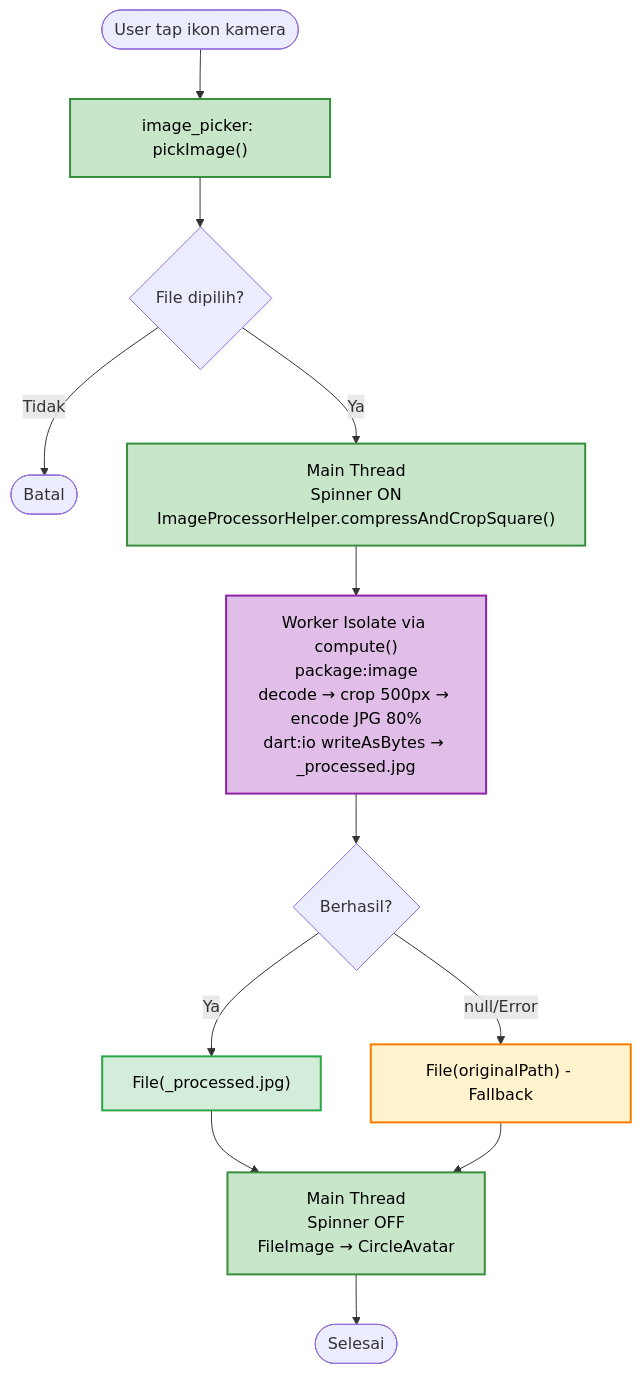
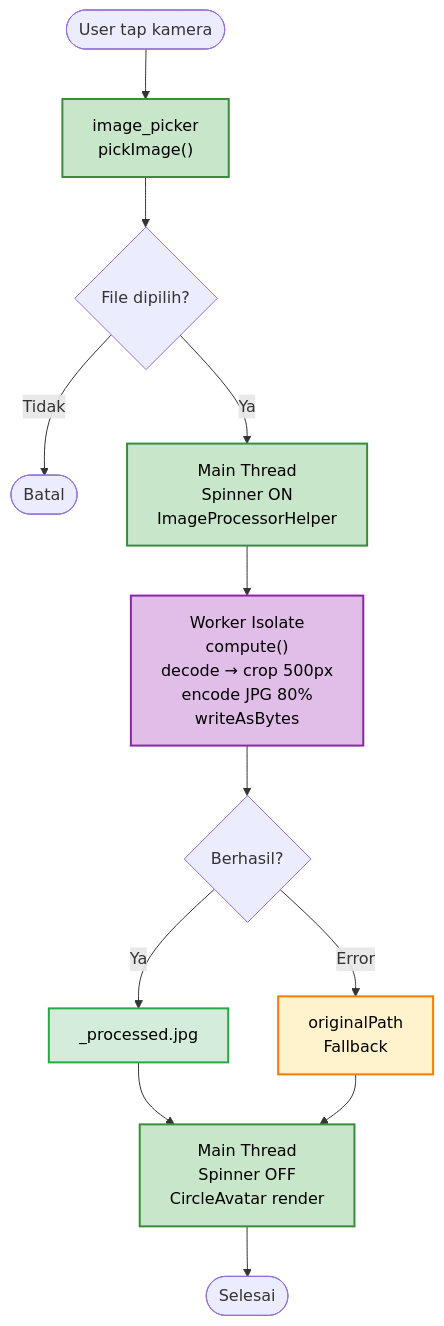
One commit to nunutech40/news-app-flutter changed the fourth of 4 diagrams in docs/features/update_profile.md. Above: the diagram before and after it, drawn with Mermaid. The commit also changed other lines of this file, not shown here.

Commit message:
fix: replace \n with <br/> in flowchart labels for proper GitHub Mermaid rendering

````diff
--- a/docs/features/update_profile.md
+++ b/docs/features/update_profile.md
@@ -137,31 +139,30 @@
 ```mermaid
 flowchart TD
-    A([User tap ikon kamera]) --> B
-
-    B["image_picker: pickImage()"] --> C{File dipilih?}
+    A([User tap kamera]) --> B["image_picker<br/>pickImage()"]
+    B --> C{File dipilih?}
     C -- Tidak --> Z([Batal])
     C -- Ya --> D
 
-    D["Main Thread\nSpinner ON\nImageProcessorHelper.compressAndCropSquare()"] --> E
+    D["Main Thread<br/>Spinner ON<br/>ImageProcessorHelper"] --> E
 
-    E["Worker Isolate via compute()\npackage:image\ndecode → crop 500px → encode JPG 80%\ndart:io writeAsBytes → _processed.jpg"] --> F
+    E["Worker Isolate<br/>compute()<br/>decode → crop 500px<br/>encode JPG 80%<br/>writeAsBytes"] --> F
 
     F{Berhasil?}
-    F -- Ya --> G["File(_processed.jpg)"]
-    F -- null/Error --> H["File(originalPath) - Fallback"]
+    F -- Ya --> G["_processed.jpg"]
+    F -- Error --> H["originalPath<br/>Fallback"]
 
     G --> I
     H --> I
 
-    I["Main Thread\nSpinner OFF\nFileImage → CircleAvatar"] --> Z2([Selesai])
+    I["Main Thread<br/>Spinner OFF<br/>CircleAvatar render"] --> Z2([Selesai])
 
     classDef ui fill:#c8e6c9,stroke:#388e3c,stroke-width:2px,color:#000
     classDef isolate fill:#e1bee7,stroke:#8e24aa,stroke-width:2px,color:#000
     classDef success fill:#d4edda,stroke:#28a745,stroke-width:2px,color:#000
     classDef fallback fill:#fff3cd,stroke:#f57c00,stroke-width:2px,color:#000
 
     class B,D,I ui
     class E isolate
     class G success
     class H fallback
 ```
````
